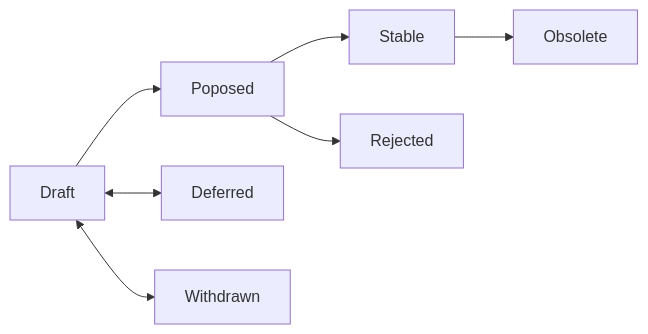
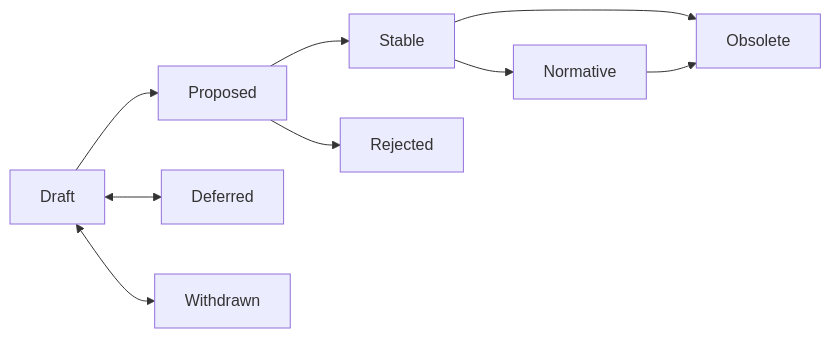
One commit to iscc/iscc-ieps changed the diagram in ieps/iep-0000.md. Above: the diagram before and after it, drawn with Mermaid. The commit also changed other lines of this file and 17 other files, not shown here.

````diff
--- a/ieps/iep-0000.md
+++ b/ieps/iep-0000.md
@@ -198,11 +206,13 @@
 ```mermaid
 flowchart LR
     B[Draft]
-    B --> C[Poposed]
+    B --> C[Proposed]
     B <--> D[Deferred]
     B <--> E[Withdrawn]
     C --> F[Stable]
     C --> G[Rejected]
     F --> H[Obsolete]
+    F --> I[Normative]
+    I --> H
 
 ```
````
